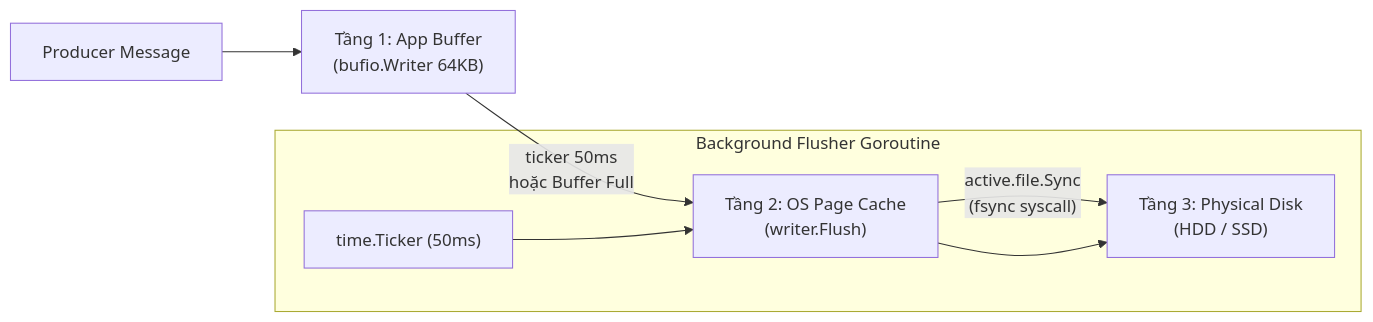
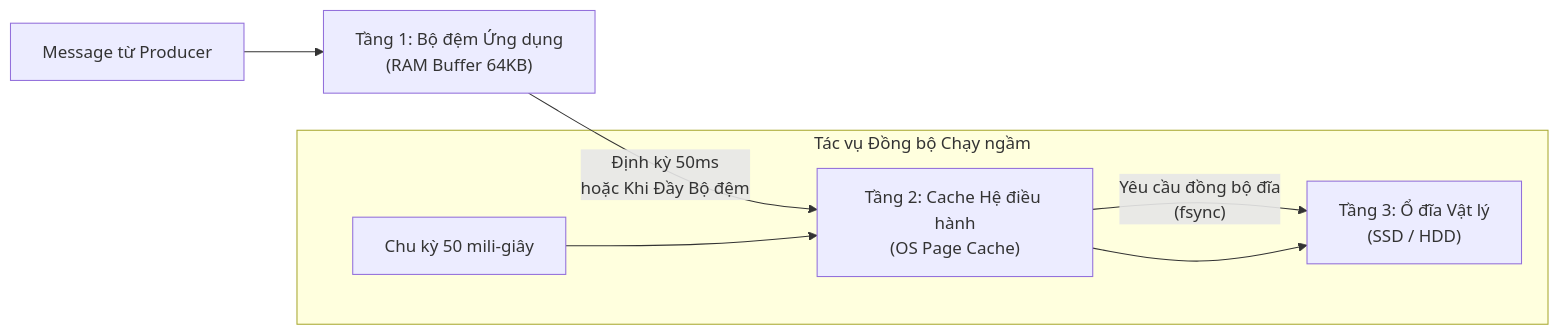
Before and after one commit to dykh061/Distributed_message_queue: the second of 6 diagrams in README.md, drawn with Mermaid. The commit also changed other lines of this file, not shown here.

````diff
--- a/README.md
+++ b/README.md
@@ -120,12 +142,12 @@
 ```mermaid
 flowchart LR
-    Msg["Producer Message"] --> T1["Tầng 1: App Buffer<br/>(bufio.Writer 64KB)"]
-    T1 -- "ticker 50ms<br/>hoặc Buffer Full" --> T2["Tầng 2: OS Page Cache<br/>(writer.Flush)"]
-    T2 -- "active.file.Sync<br/>(fsync syscall)" --> T3["Tầng 3: Physical Disk<br/>(HDD / SSD)"]
+    Msg["Message từ Producer"] --> T1["Tầng 1: Bộ đệm Ứng dụng<br/>(RAM Buffer 64KB)"]
+    T1 -- "Định kỳ 50ms<br/>hoặc Khi Đầy Bộ đệm" --> T2["Tầng 2: Cache Hệ điều hành<br/>(OS Page Cache)"]
+    T2 -- "Yêu cầu đồng bộ đĩa<br/>(fsync)" --> T3["Tầng 3: Ổ đĩa Vật lý<br/>(SSD / HDD)"]
 
-    subgraph Flusher["Background Flusher Goroutine"]
-        Ticker["time.Ticker (50ms)"]
+    subgraph Flusher["Tác vụ Đồng bộ Chạy ngầm"]
+        Ticker["Chu kỳ 50 mili-giây"]
         Ticker --> T2
         T2 --> T3
     end
 ```
````
